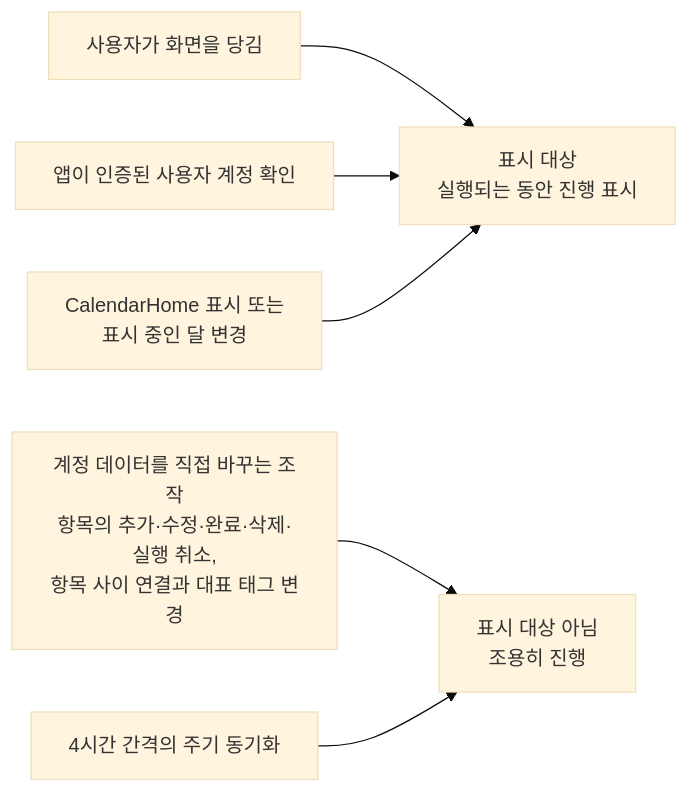
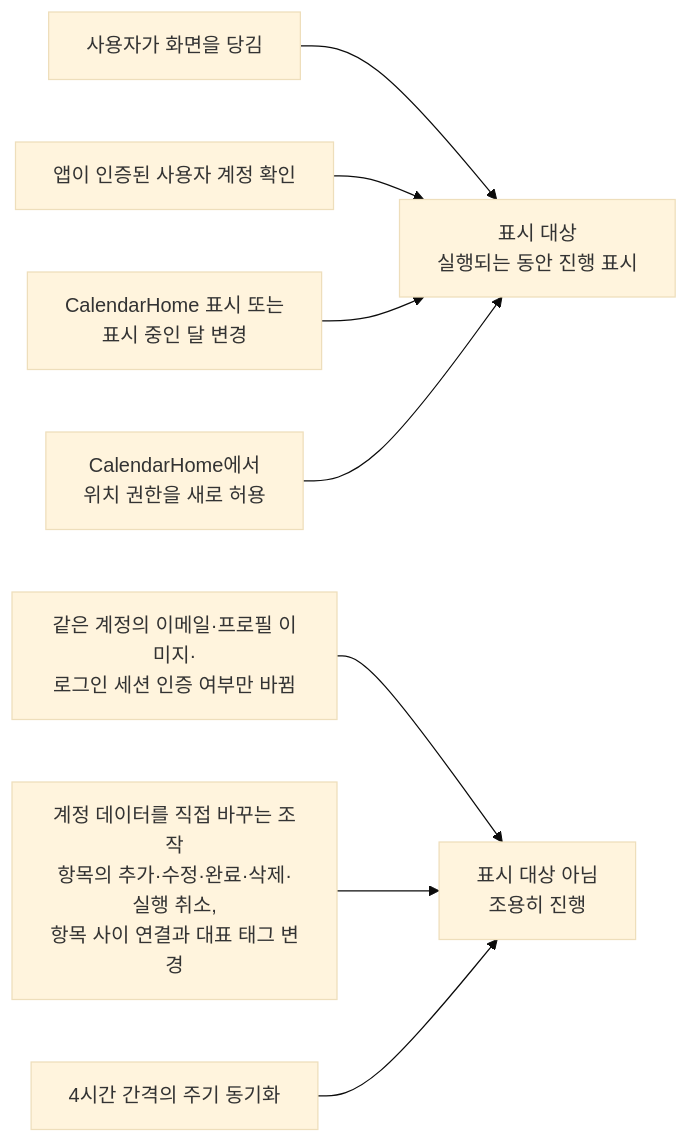
Before and after one commit to taetae98coding/DiaryKMP: the diagram in docs/spec/client/sync-refresh.md, drawn with Mermaid (base theme). The commit also changed other lines of this file and 154 other files, not shown here.

````diff
--- a/docs/spec/client/sync-refresh.md
+++ b/docs/spec/client/sync-refresh.md
@@ -80,11 +80,13 @@
 ```mermaid
 flowchart LR
     pull["사용자가 화면을 당김"] --> show
     account["앱이 인증된 사용자 계정 확인"] --> show
+    accountInfo["같은 계정의 이메일·프로필 이미지·<br/>로그인 세션 인증 여부만 바뀜"] --> hide
     calendar["CalendarHome 표시 또는<br/>표시 중인 달 변경"] --> show
+    permission["CalendarHome에서<br/>위치 권한을 새로 허용"] --> show
     edit["계정 데이터를 직접 바꾸는 조작<br/>항목의 추가·수정·완료·삭제·실행 취소,<br/>항목 사이 연결과 대표 태그 변경"] --> hide
     periodic["4시간 간격의 주기 동기화"] --> hide
 
     show["표시 대상<br/>실행되는 동안 진행 표시"]
     hide["표시 대상 아님<br/>조용히 진행"]
 ```
````
